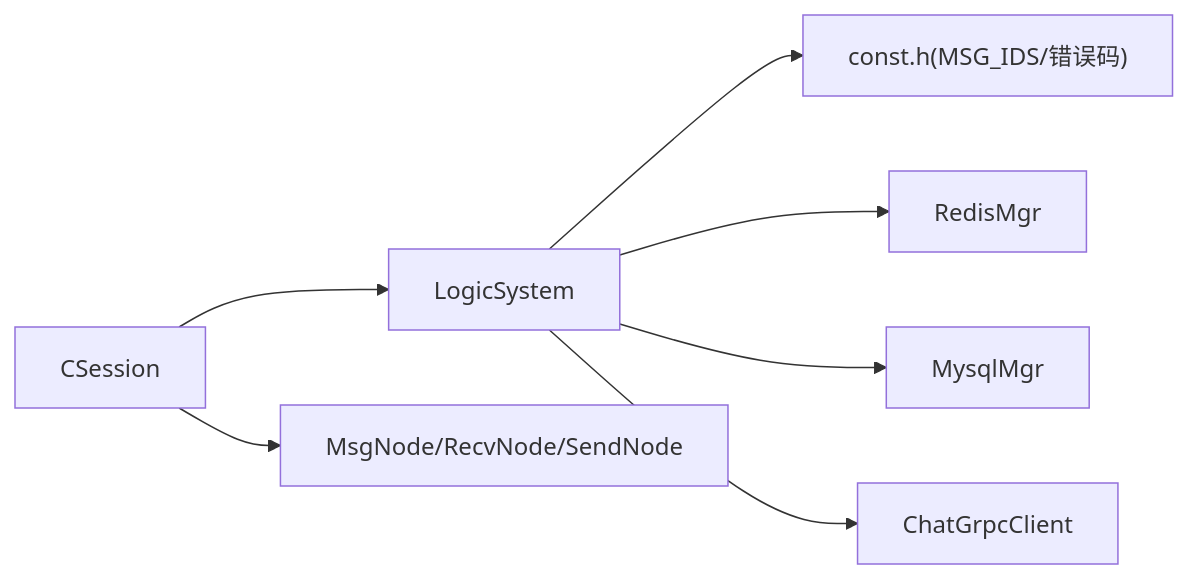
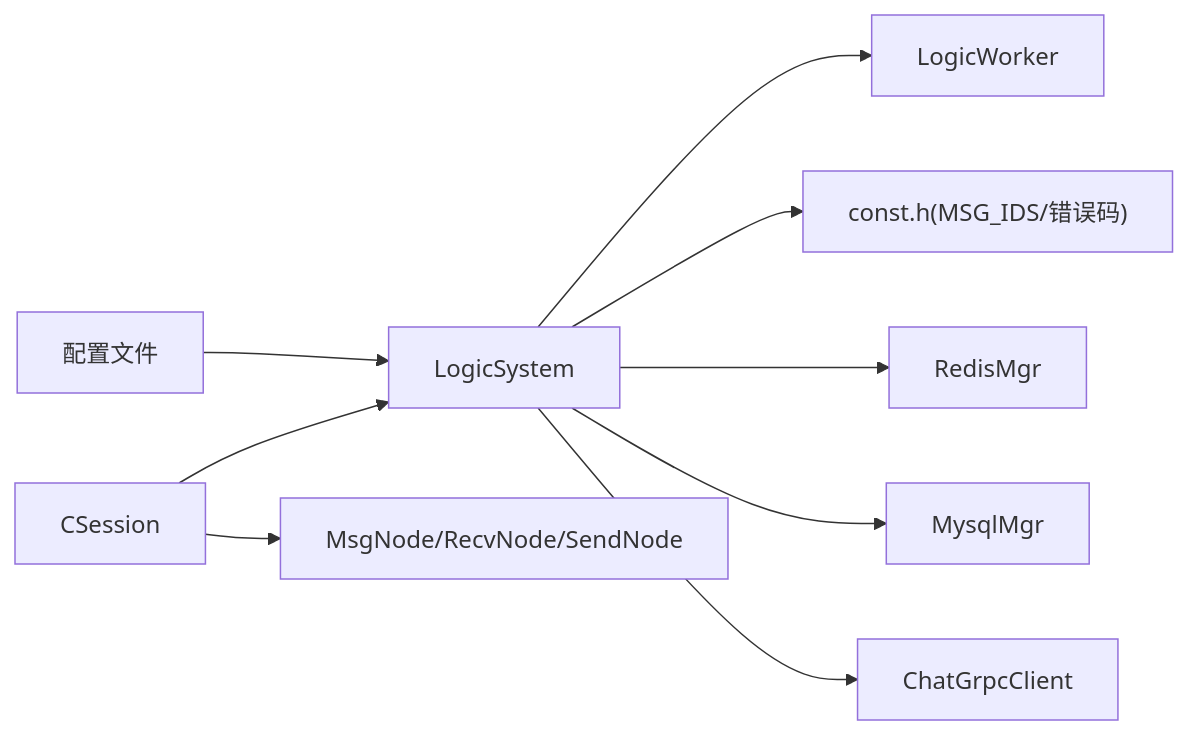
Before and after one commit to echo9923/mychatter: the seventh of 7 diagrams in .qoder/repowiki/zh/content/服务端开发/ChatServer聊天核心服务/业务逻辑系统/消息路由系统.md, drawn with Mermaid. The commit also changed other lines of this file and 54 other files, not shown here.

````diff
--- a/.qoder/repowiki/zh/content/服务端开发/ChatServer聊天核心服务/业务逻辑系统/消息路由系统.md
+++ b/.qoder/repowiki/zh/content/服务端开发/ChatServer聊天核心服务/业务逻辑系统/消息路由系统.md
@@ -284,9 +342,11 @@
 ```mermaid
 graph LR
 CSession["CSession"] --> LogicSystem["LogicSystem"]
+LogicSystem --> LogicWorker["LogicWorker"]
 LogicSystem --> Const["const.h(MSG_IDS/错误码)"]
 LogicSystem --> Redis["RedisMgr"]
 LogicSystem --> MySQL["MysqlMgr"]
 LogicSystem --> GRPC["ChatGrpcClient"]
 CSession --> MsgNode["MsgNode/RecvNode/SendNode"]
+Config["配置文件"] --> LogicSystem
 ```
````
